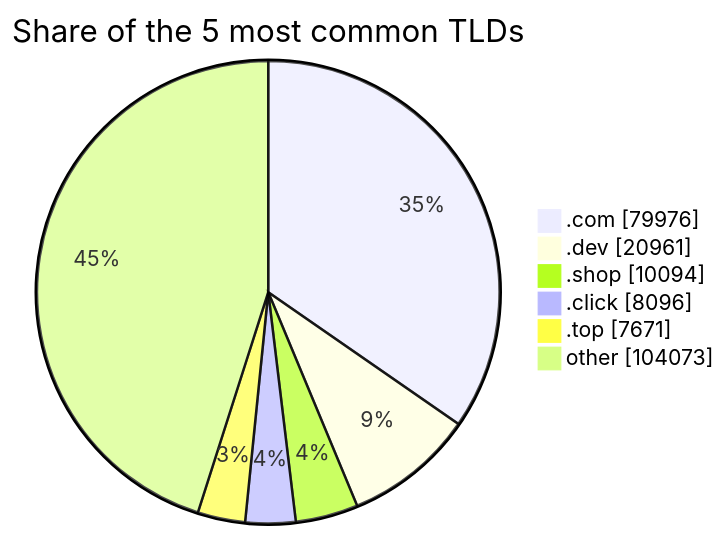
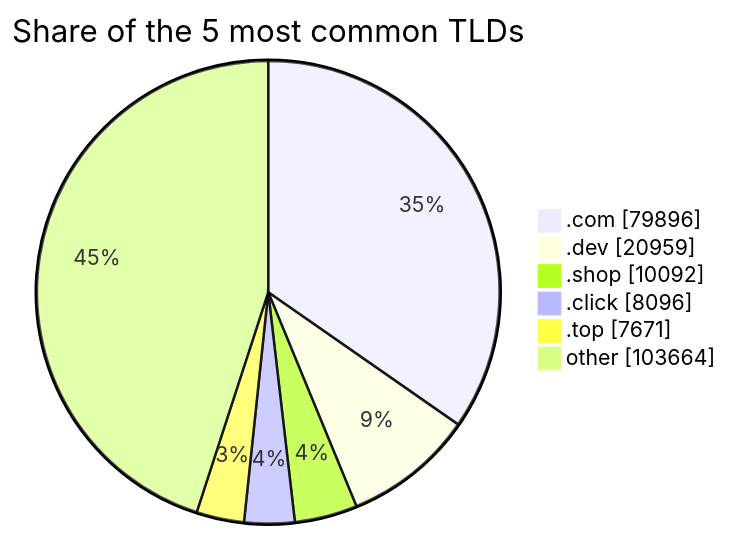
One commit to DNSBunker/CTI changed the third of 3 diagrams in README.md. Above: the diagram before and after it, drawn with Mermaid. The commit also changed other lines of this file and 3 other files, not shown here.

````diff
--- a/README.md
+++ b/README.md
@@ -81,9 +81,9 @@
 ```mermaid
 pie showData title Share of the 5 most common TLDs
-    ".com" : 79976
-    ".dev" : 20961
-    ".shop" : 10094
+    ".com" : 79896
+    ".dev" : 20959
+    ".shop" : 10092
     ".click" : 8096
     ".top" : 7671
-    "other" : 104073
+    "other" : 103664
 ```
````
